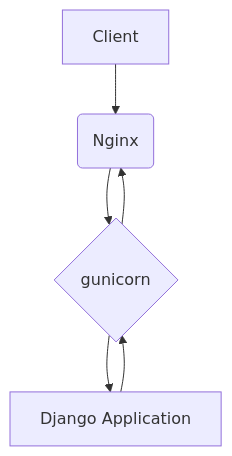
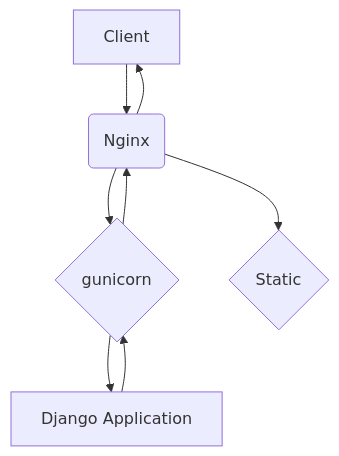
One commit to EvanRaeder/web-tutorial changed the diagram in docs/django-oci-deployment.md. Above: the diagram before and after it, drawn with Mermaid.

Commit message:
Rearange Graph

````diff
--- a/docs/django-oci-deployment.md
+++ b/docs/django-oci-deployment.md
@@ -5,8 +5,10 @@
 ```mermaid
 graph TD;
     A[Client] --> B(Nginx);
     B --> C{gunicorn};
     C --> D[Django Application];
+    B --> E{Static};
     D --> C;
     C --> B;
+    B --> A;
 ```
````
